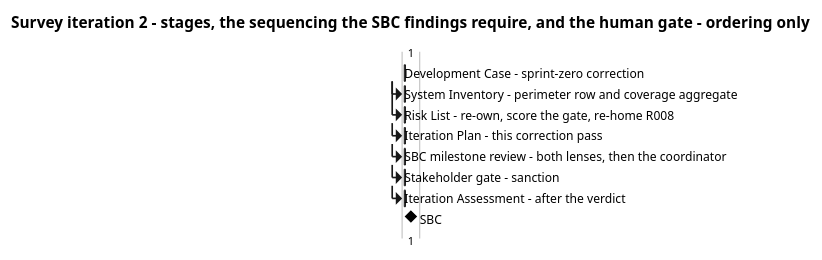
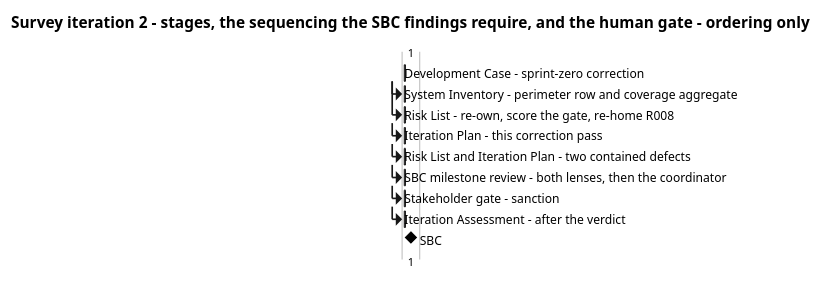
Before and after one commit to banense-test/TodoApp: the second of 3 diagrams in docs/artifacts/project-management/iteration-plan.md, drawn with PlantUML. The commit also changed other lines of this file, not shown here.

First line of the commit message:
Project Manager [Survey2]: upsert Iteration Plan

````diff
--- a/docs/artifacts/project-management/iteration-plan.md
+++ b/docs/artifacts/project-management/iteration-plan.md
@@ -146,33 +147,35 @@
 ```plantuml
 @startgantt
 title Survey iteration 2 - stages, the sequencing the SBC findings require, and the human gate - ordering only
 skinparam shadowing false
 
 [Development Case - sprint-zero correction] lasts 0 day
 [System Inventory - perimeter row and coverage aggregate] lasts 0 day
 [Risk List - re-own, score the gate, re-home R008] lasts 0 day
 [Iteration Plan - this correction pass] lasts 0 day
+[Risk List and Iteration Plan - two contained defects] lasts 0 day
 [SBC milestone review - both lenses, then the coordinator] lasts 0 day
 [Stakeholder gate - sanction] lasts 0 day
 [Iteration Assessment - after the verdict] lasts 0 day
 
 [Risk List - re-own, score the gate, re-home R008] starts at [Development Case - sprint-zero correction]'s end
 [System Inventory - perimeter row and coverage aggregate] starts at [Development Case - sprint-zero correction]'s end
 [Iteration Plan - this correction pass] starts at [Risk List - re-own, score the gate, re-home R008]'s end
-[SBC milestone review - both lenses, then the coordinator] starts at [Iteration Plan - this correction pass]'s end
+[Risk List and Iteration Plan - two contained defects] starts at [Iteration Plan - this correction pass]'s end
+[SBC milestone review - both lenses, then the coordinator] starts at [Risk List and Iteration Plan - two contained defects]'s end
 [Stakeholder gate - sanction] starts at [SBC milestone review - both lenses, then the coordinator]'s end
 [Iteration Assessment - after the verdict] starts at [Stakeholder gate - sanction]'s end
 
 [SBC] happens at [Stakeholder gate - sanction]'s end
 
 note bottom
   Every bar is a zero span: PlantUML requires the root bar's span to be
   declared, and it is declared zero. No bar is a forecast of duration -
   an item ends when its exit condition passes. The Development Case
   correction is sequenced first because it defines the convention source
   Excavation and Consolidation work under; the Iteration Plan follows it
   because the plan schedules what the tailoring records. The gate is R021:
   days of queue time, ceiling 14, then the process suspends.
 end note
 @endgantt
 ```
````
